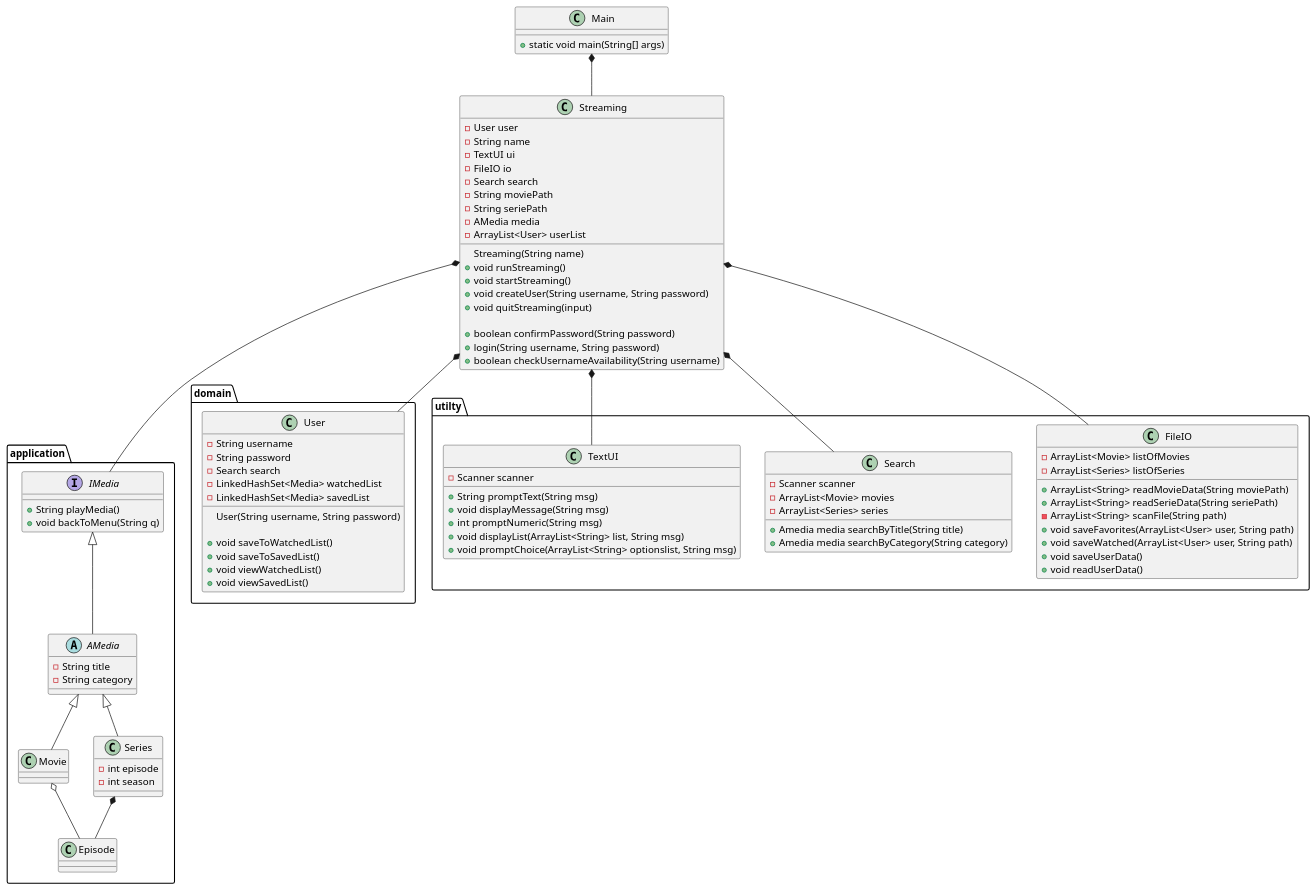
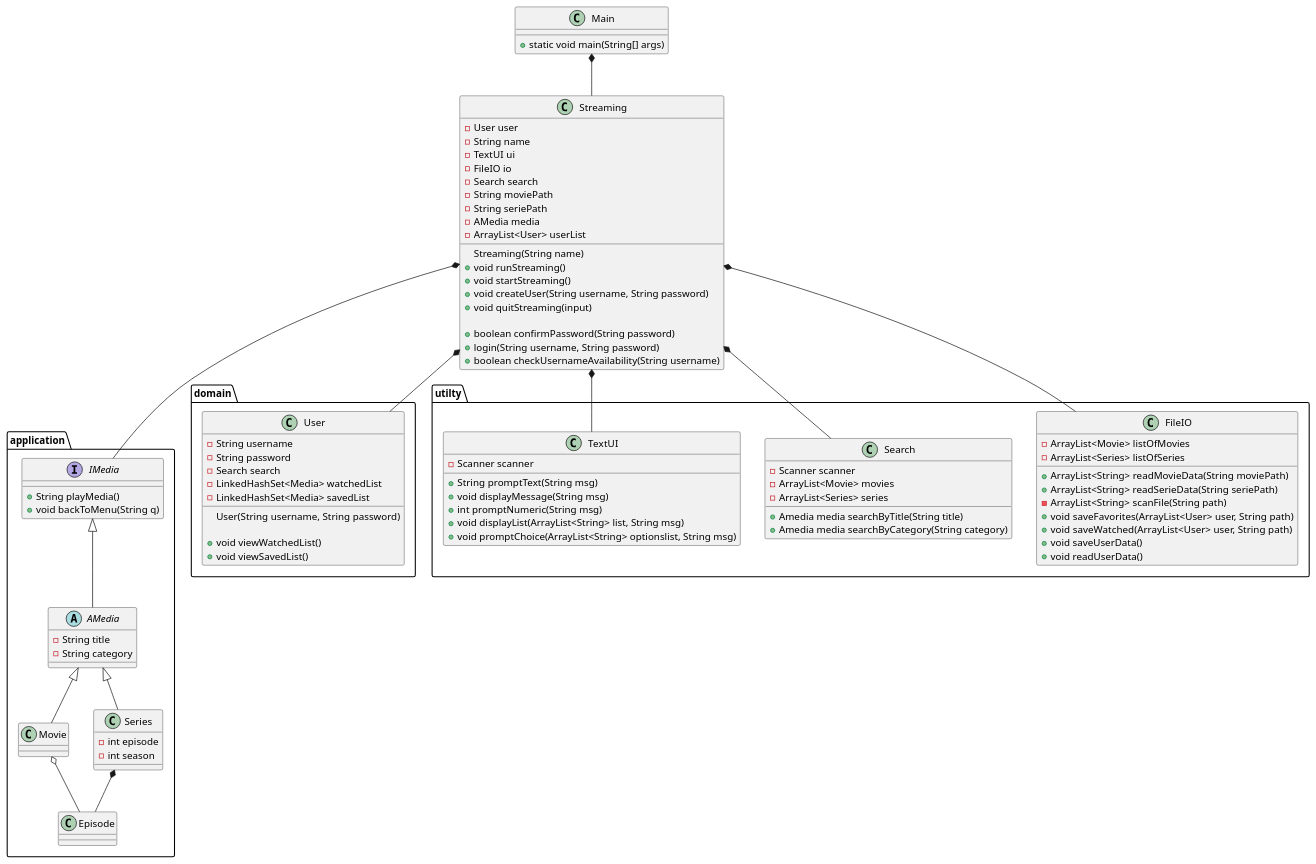
The diagram in Doc/Static/ClassDiagramv2.puml (mrPrimeBeef/Sem1-Project-MovieStream), drawn with PlantUML before and after one commit. The commit also changed 4 other files, not shown here.

```diff
--- a/Doc/Static/ClassDiagramv2.puml
+++ b/Doc/Static/ClassDiagramv2.puml
@@ -1,126 +1,124 @@
 @startuml
 
 class Main {
 + static void main(String[] args)
 }
 package application{
 interface IMedia {
 + String playMedia()
 + void backToMenu(String q)
 '+ pauseMedia()
 }
 
 abstract AMedia {
 - String title
 - String category
 
 }
 
 class Movie {
 
 }
 
 
 class Series {
 - int episode
 - int season
 }
 class Episode{
 
 }
 }
 
 package domain{
 class User {
 - String username
 - String password
 - Search search
 - LinkedHashSet<Media> watchedList
 - LinkedHashSet<Media> savedList
 
 User(String username, String password)
 
-+ void saveToWatchedList()
-+ void saveToSavedList()
 + void viewWatchedList()
 + void viewSavedList()
 }
 }
 
 class Streaming {
 - User user
 - String name
 - TextUI ui
 - FileIO io
 - Search search
 - String moviePath
 - String seriePath
 - AMedia media
 - ArrayList<User> userList
 Streaming(String name)
 + void runStreaming()
 + void startStreaming()
 + void createUser(String username, String password)
 + void quitStreaming(input)
 
 + boolean confirmPassword(String password)
 + login(String username, String password)
 + boolean checkUsernameAvailability(String username)
 }
 
 
 package utilty{
 class FileIO {
 - ArrayList<Movie> listOfMovies
 - ArrayList<Series> listOfSeries
 + ArrayList<String> readMovieData(String moviePath)
 + ArrayList<String> readSerieData(String seriePath)
 - ArrayList<String> scanFile(String path)
 + void saveFavorites(ArrayList<User> user, String path)
 + void saveWatched(ArrayList<User> user, String path)
 + void saveUserData()
 + void readUserData()
 }
 
 class Search {
 - Scanner scanner
 - ArrayList<Movie> movies
 - ArrayList<Series> series
 + Amedia media searchByTitle(String title)
 + Amedia media searchByCategory(String category)
 
 }
 class TextUI {
 - Scanner scanner
 + String promptText(String msg)
 + void displayMessage(String msg)
 + int promptNumeric(String msg)
 + void displayList(ArrayList<String> list, String msg)
 + void promptChoice(ArrayList<String> optionslist, String msg)
 }
 }
 
 
 Main *-- Streaming
 Streaming *-- IMedia
 Streaming *-- User
 Streaming *-- Search
 Streaming *-- TextUI
 IMedia <|-- AMedia
 Streaming *-- FileIO
 AMedia <|-- Movie
 AMedia  <|-- Series
 Series *-- Episode
 Movie o-- Episode
 
 'https://devhints.io/plantuml
 'Car <|-- SmallCar      # extension
 'Car *-- Engine         # composition
 'Cars o-- Car           # aggregation
 'Car <|.. SmallCar      # dotted line (use .. instead of --)
 'Car <|--* Car
 
 '-left->
 '-right->
 
 @enduml
```
